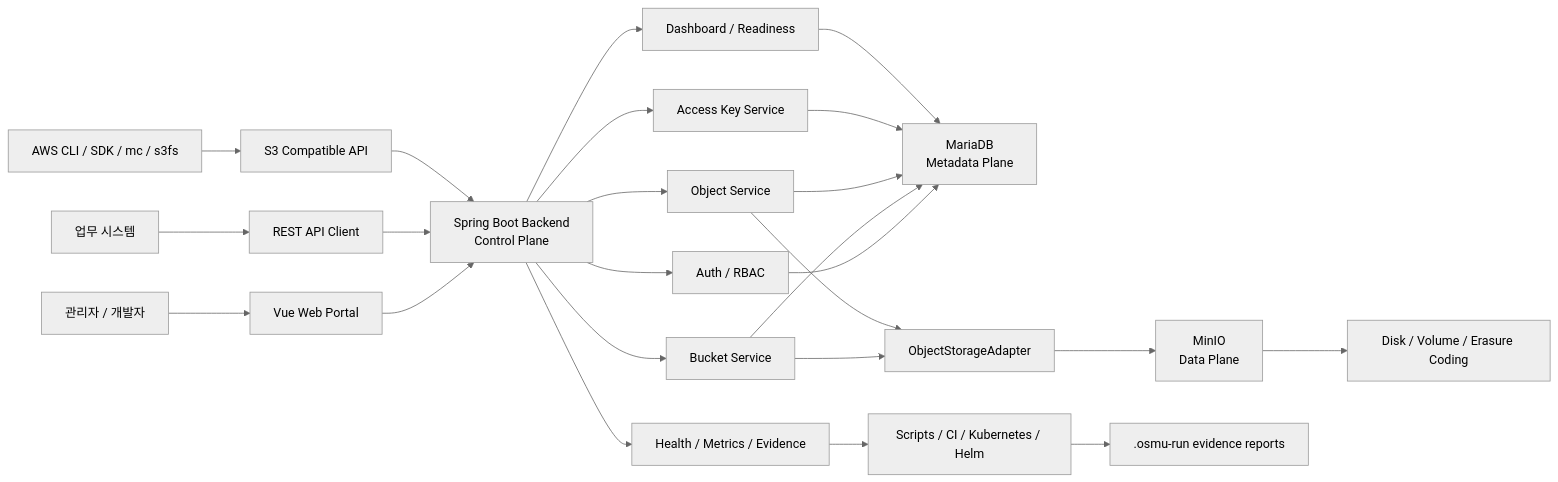
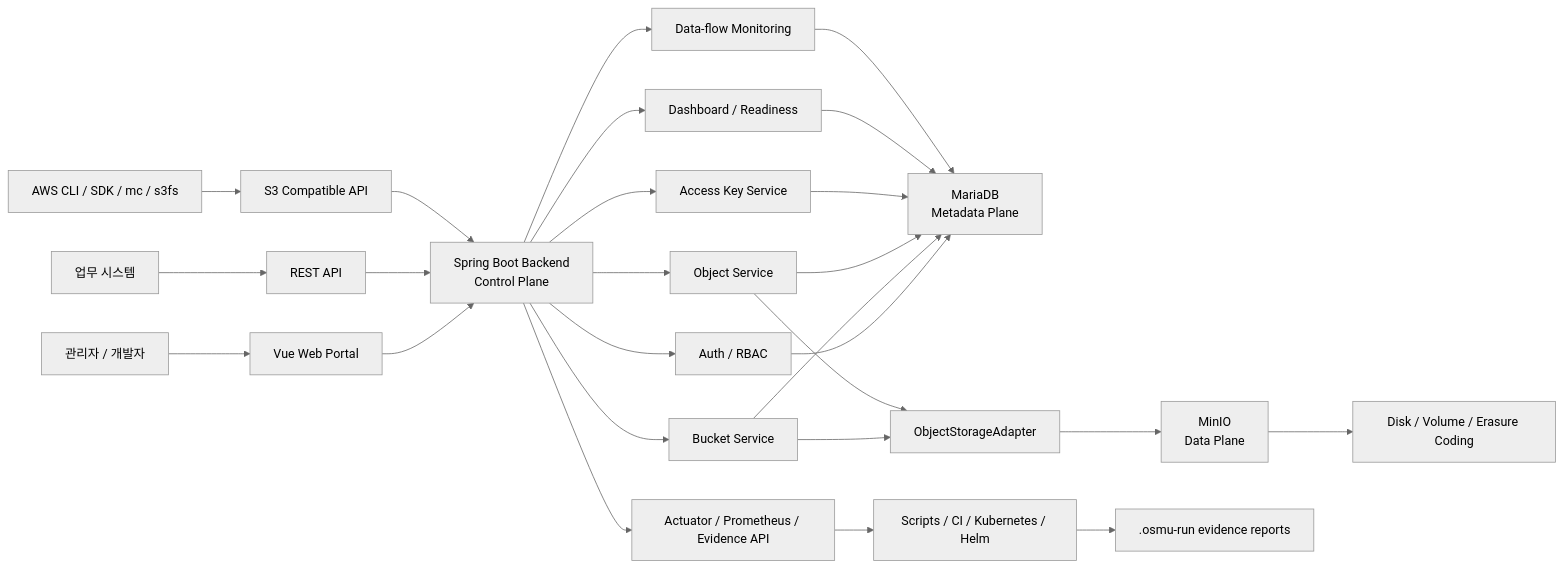
One commit to chefbeom/object-storage-osmu changed the diagram in README.md. Above: the diagram before and after it, drawn with Mermaid (neutral theme). The commit also changed other lines of this file, not shown here.

````diff
--- a/README.md
+++ b/README.md
@@ -34,32 +33,33 @@
 ```mermaid
 flowchart LR
     User["관리자 / 개발자"] --> Portal["Vue Web Portal"]
-    App["업무 시스템"] --> Rest["REST API Client"]
+    App["업무 시스템"] --> Rest["REST API"]
     S3Client["AWS CLI / SDK / mc / s3fs"] --> S3API["S3 Compatible API"]
 
-    Portal --> Backend["Spring Boot Backend\nControl Plane"]
+    Portal --> Backend["Spring Boot Backend<br/>Control Plane"]
     Rest --> Backend
     S3API --> Backend
 
     Backend --> Auth["Auth / RBAC"]
     Backend --> Bucket["Bucket Service"]
     Backend --> Object["Object Service"]
     Backend --> AccessKey["Access Key Service"]
     Backend --> Dashboard["Dashboard / Readiness"]
+    Backend --> Monitoring["Data-flow Monitoring"]
 
-    Auth --> MariaDB["MariaDB\nMetadata Plane"]
+    Auth --> MariaDB["MariaDB<br/>Metadata Plane"]
     Bucket --> MariaDB
     Object --> MariaDB
     AccessKey --> MariaDB
     Dashboard --> MariaDB
+    Monitoring --> MariaDB
 
     Bucket --> Adapter["ObjectStorageAdapter"]
     Object --> Adapter
-    Adapter --> MinIO["MinIO\nData Plane"]
-
+    Adapter --> MinIO["MinIO<br/>Data Plane"]
     MinIO --> Volume["Disk / Volume / Erasure Coding"]
 
-    Backend --> Metrics["Health / Metrics / Evidence"]
+    Backend --> Metrics["Actuator / Prometheus / Evidence API"]
     Metrics --> Ops["Scripts / CI / Kubernetes / Helm"]
     Ops --> Reports[".osmu-run evidence reports"]
 ```
````
